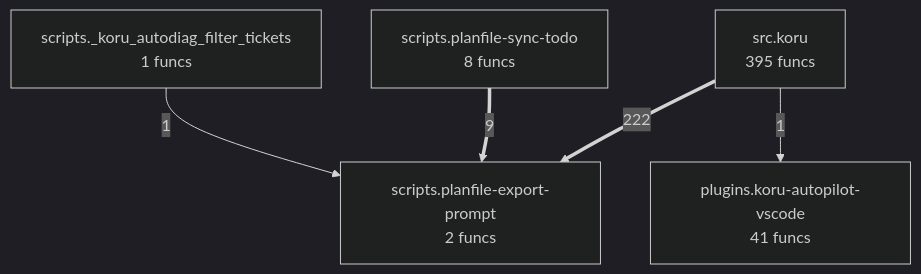
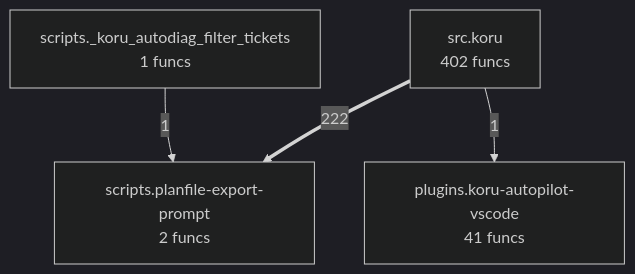
One commit to semcod/koru changed the diagram in project/compact_flow.mmd. Above: the diagram before and after it, drawn with Mermaid (dark theme). The commit also changed 50 other files, not shown here.

```diff
--- a/project/compact_flow.mmd
+++ b/project/compact_flow.mmd
@@ -1,11 +1,9 @@
 flowchart TD
 %% generated in 0.01s
     plugins__koru_autopilot_vscode["plugins.koru-autopilot-vscode<br/>41 funcs"]
     scripts___koru_autodiag_filter_tickets["scripts._koru_autodiag_filter_tickets<br/>1 funcs"]
     scripts__planfile_export_prompt["scripts.planfile-export-prompt<br/>2 funcs"]
-    scripts__planfile_sync_todo["scripts.planfile-sync-todo<br/>8 funcs"]
-    src__koru["src.koru<br/>395 funcs"]
+    src__koru["src.koru<br/>402 funcs"]
     src__koru ==>|222| scripts__planfile_export_prompt
-    scripts__planfile_sync_todo ==>|9| scripts__planfile_export_prompt
     src__koru -->|1| plugins__koru_autopilot_vscode
     scripts___koru_autodiag_filter_tickets -->|1| scripts__planfile_export_prompt
```
